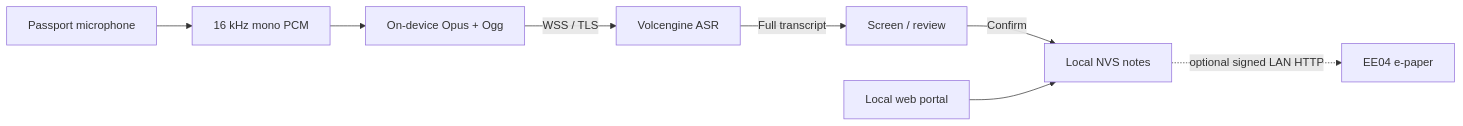
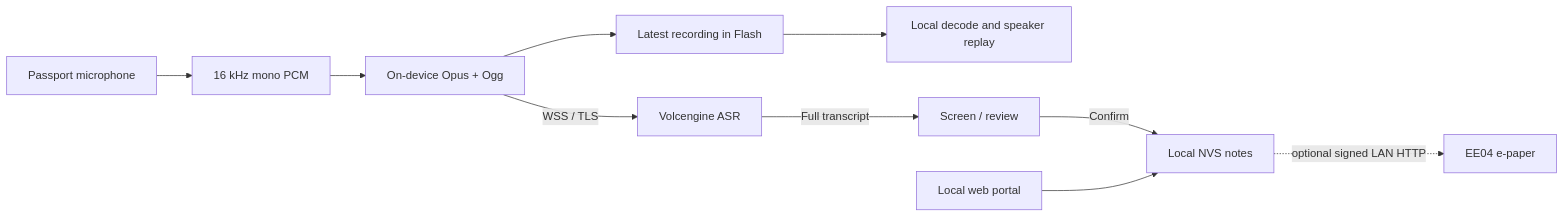
The diagram in README.md (netseye/passport-memo), drawn with Mermaid before and after one commit. The commit also changed other lines of this file and 44 other files, not shown here.

Commit message:
feat: replay the latest recording through the Passport speaker

````diff
--- a/README.md
+++ b/README.md
@@ -40,10 +41,12 @@
 ```mermaid
 flowchart LR
     Mic[Passport microphone] --> PCM[16 kHz mono PCM]
     PCM --> Opus[On-device Opus + Ogg]
     Opus -->|WSS / TLS| ASR[Volcengine ASR]
+    Opus --> Cache[Latest recording in Flash]
+    Cache --> Speaker[Local decode and speaker replay]
     ASR -->|Full transcript| Review[Screen / review]
     Review -->|Confirm| Notes[Local NVS notes]
     Notes -. optional signed LAN HTTP .-> EE04[EE04 e-paper]
     Browser[Local web portal] --> Notes
 ```
````
